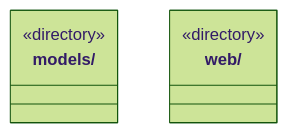
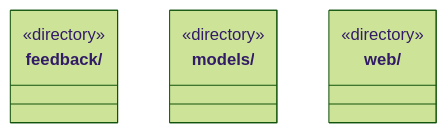
The diagram in src/logic/ARCHITECTURE.md (nan023062/cbim), drawn with Mermaid (forest theme) before and after one commit. The commit also changed other lines of this file and 74 other files, not shown here.

Commit message:
refactor(logic): migrate feedback services and contracts

````diff
--- a/src/logic/ARCHITECTURE.md
+++ b/src/logic/ARCHITECTURE.md
@@ -15,9 +15,12 @@
 ```mermaid
 classDiagram
+class N_src_logic_feedback["feedback/"] {
+  <<directory>>
+}
 class N_src_logic_models["models/"] {
   <<directory>>
 }
 class N_src_logic_web["web/"] {
   <<directory>>
 }
 ```
````
